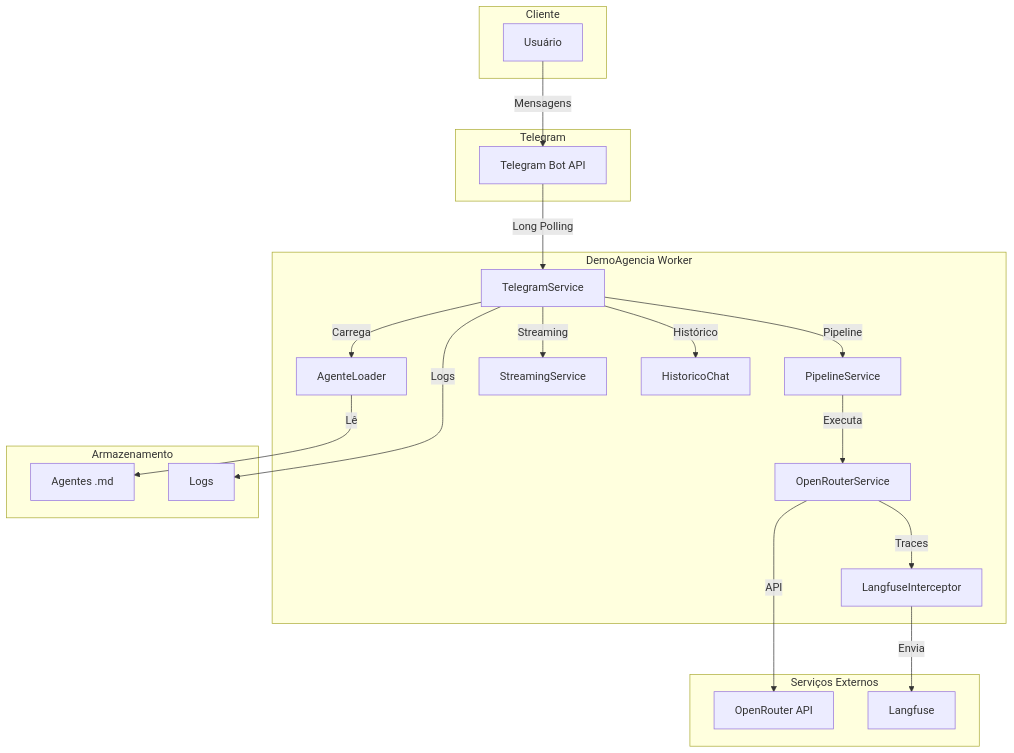
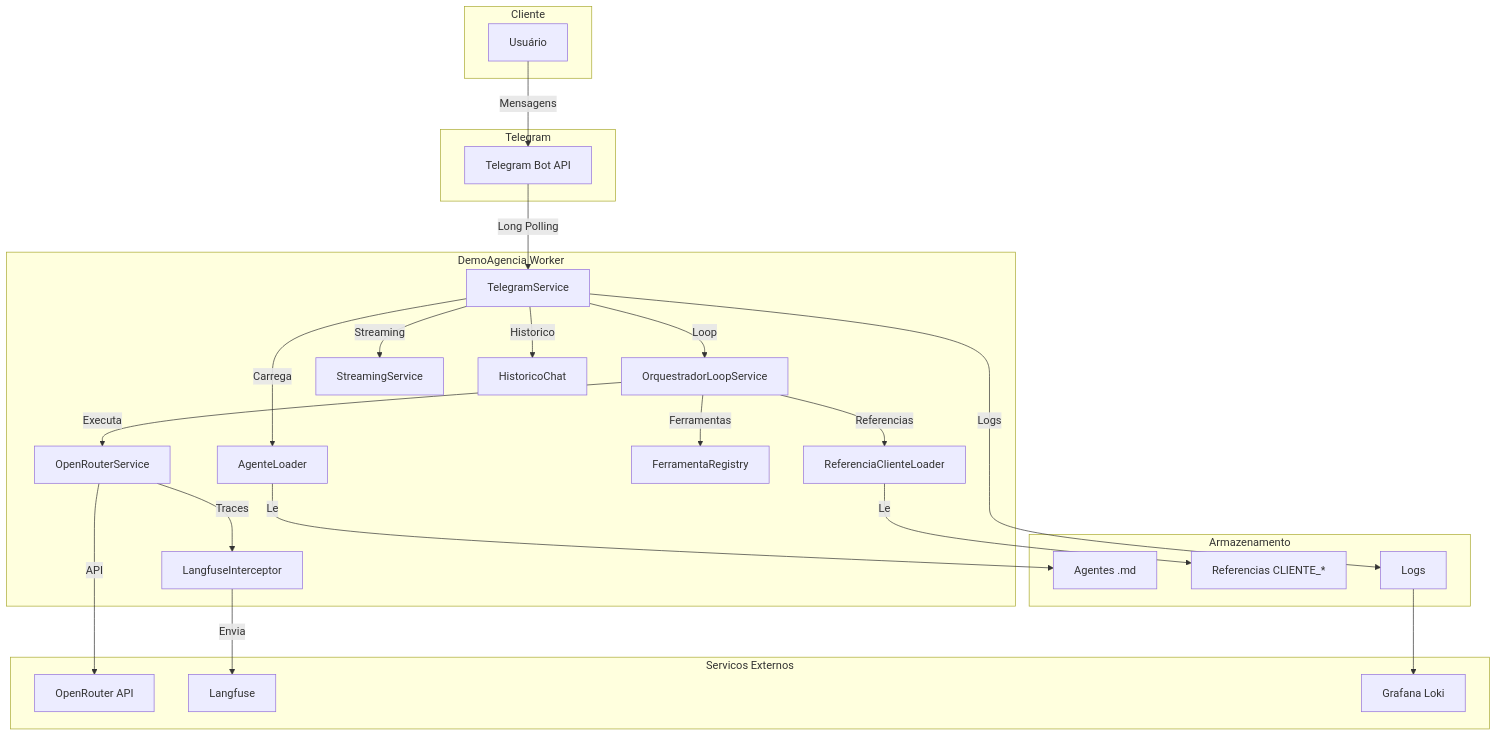
Before and after one commit to joaopedro-marques/suspira.fluxo.demo: the first of 16 diagrams in docs/ARCHITECTURE.md, drawn with Mermaid. The commit also changed other lines of this file, not shown here.

Commit message:
docs: reescrever ARCHITECTURE.md refletindo loop de orquestracao atual

````diff
--- a/docs/ARCHITECTURE.md
+++ b/docs/ARCHITECTURE.md
@@ -9,43 +9,51 @@
 ```mermaid
 graph TB
     subgraph "Cliente"
         User[Usuário]
     end
     
     subgraph "Telegram"
         Bot[Telegram Bot API]
     end
     
     subgraph "DemoAgencia Worker"
         TS[TelegramService]
         AL[AgenteLoader]
-        PS[PipelineService]
+        OL[OrquestradorLoopService]
         OR[OpenRouterService]
         SS[StreamingService]
         HC[HistoricoChat]
         LI[LangfuseInterceptor]
+        FR[FerramentaRegistry]
+        RC[ReferenciaClienteLoader]
     end
     
-    subgraph "Serviços Externos"
+    subgraph "Servicos Externos"
         OR_API[OpenRouter API]
         LF[Langfuse]
+        GL[Grafana Loki]
     end
     
     subgraph "Armazenamento"
         MD[Agentes .md]
+        REF[Referencias CLIENTE_*]
         LOG[Logs]
     end
     
     User -->|Mensagens| Bot
     Bot -->|Long Polling| TS
     TS -->|Carrega| AL
-    TS -->|Pipeline| PS
-    PS -->|Executa| OR
+    TS -->|Loop| OL
+    OL -->|Executa| OR
+    OL -->|Ferramentas| FR
+    OL -->|Referencias| RC
     OR -->|API| OR_API
     OR -->|Traces| LI
     LI -->|Envia| LF
     TS -->|Streaming| SS
-    TS -->|Histórico| HC
-    AL -->|Lê| MD
+    TS -->|Historico| HC
+    AL -->|Le| MD
+    RC -->|Le| REF
     TS -->|Logs| LOG
+    LOG --> GL
 ```
````
